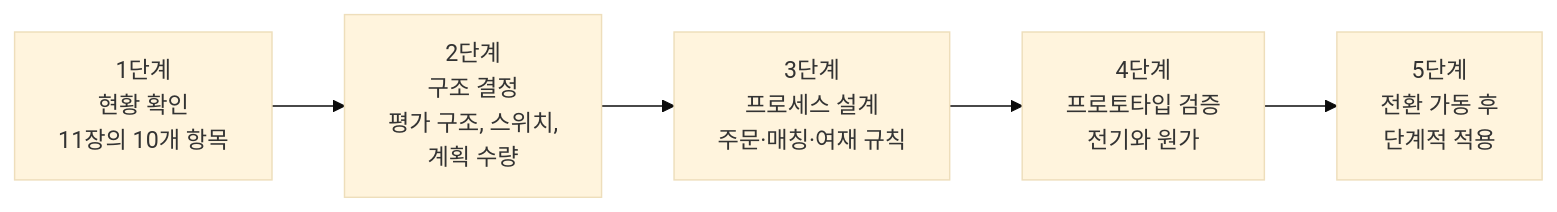
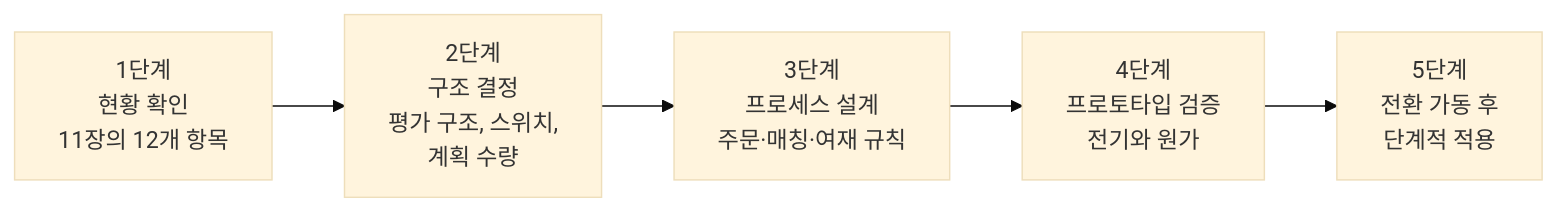
Before and after one commit to donseok/mes-to-be-doc: diagram 11 of 11 in docs/mto-mts-hybrid-analysis.md, drawn with Mermaid (base theme). The commit also changed other lines of this file and 6 other files, not shown here.

````diff
--- a/docs/mto-mts-hybrid-analysis.md
+++ b/docs/mto-mts-hybrid-analysis.md
@@ -567,7 +588,7 @@
 ```mermaid
 flowchart LR
-  P1["1단계<br/>현황 확인<br/>11장의 10개 항목"] --> P2["2단계<br/>구조 결정<br/>평가 구조, 스위치,<br/>계획 수량"]
+  P1["1단계<br/>현황 확인<br/>11장의 12개 항목"] --> P2["2단계<br/>구조 결정<br/>평가 구조, 스위치,<br/>계획 수량"]
   P2 --> P3["3단계<br/>프로세스 설계<br/>주문·매칭·여재 규칙"]
   P3 --> P4["4단계<br/>프로토타입 검증<br/>전기와 원가"]
   P4 --> P5["5단계<br/>전환 가동 후<br/>단계적 적용"]
 ```
````
